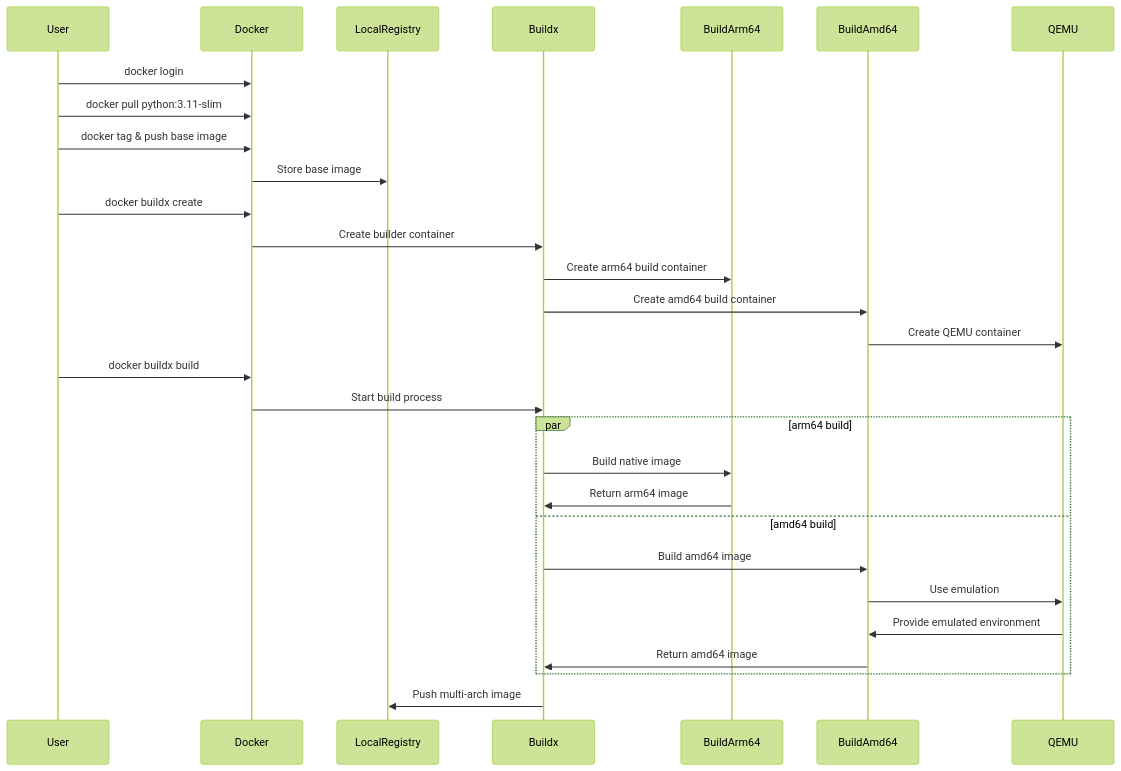
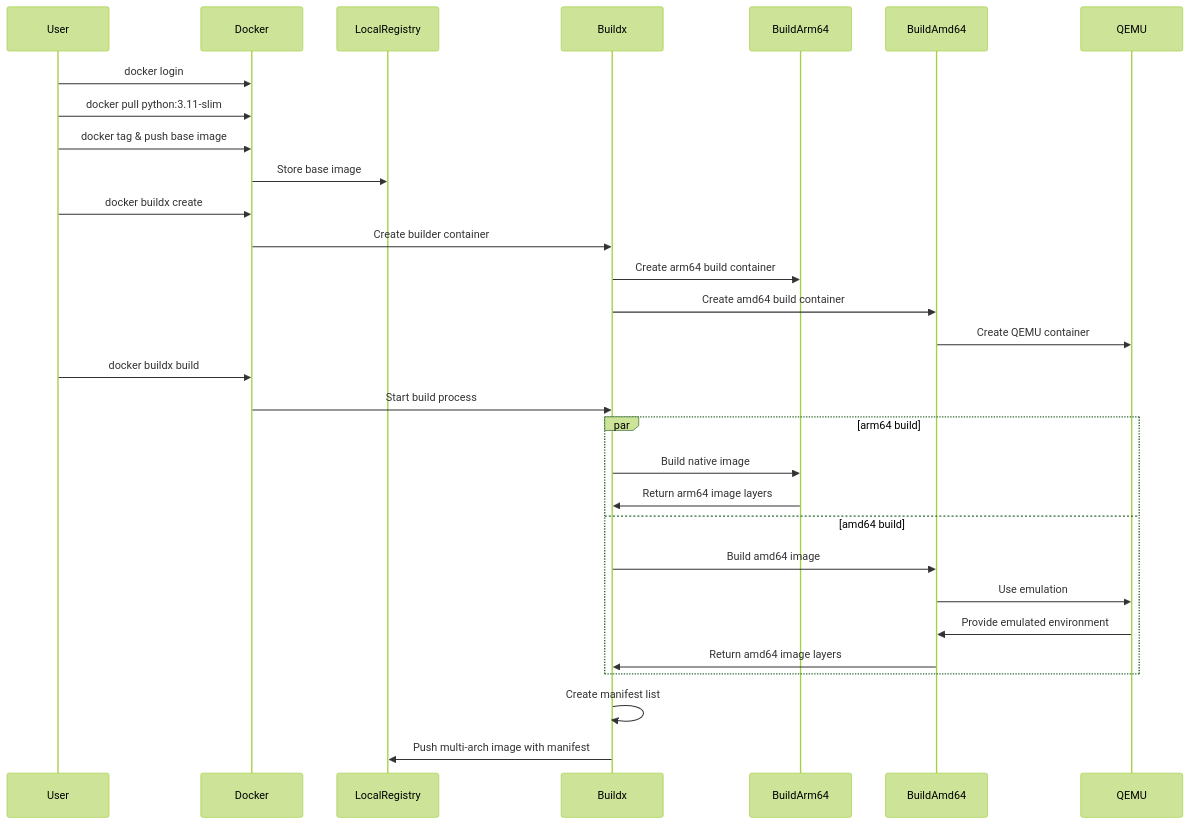
Before and after one commit to liweinan/k8s-example: the second of 2 diagrams in docker-buildx-example/README.md, drawn with Mermaid (forest theme). The commit also changed other lines of this file, not shown here.

Commit message:
Add multi-architecture image structure explanation and update diagrams

````diff
--- a/docker-buildx-example/README.md
+++ b/docker-buildx-example/README.md
@@ -31,36 +36,37 @@
 ```mermaid
 sequenceDiagram
     participant User
     participant Docker
     participant LocalRegistry
     participant Buildx
     participant BuildArm64
     participant BuildAmd64
     participant QEMU
     
     User->>Docker: docker login
     User->>Docker: docker pull python:3.11-slim
     User->>Docker: docker tag & push base image
     Docker->>LocalRegistry: Store base image
     
     User->>Docker: docker buildx create
     Docker->>Buildx: Create builder container
     Buildx->>BuildArm64: Create arm64 build container
     Buildx->>BuildAmd64: Create amd64 build container
     BuildAmd64->>QEMU: Create QEMU container
     
     User->>Docker: docker buildx build
     Docker->>Buildx: Start build process
     
     par arm64 build
         Buildx->>BuildArm64: Build native image
-        BuildArm64->>Buildx: Return arm64 image
+        BuildArm64->>Buildx: Return arm64 image layers
     and amd64 build
         Buildx->>BuildAmd64: Build amd64 image
         BuildAmd64->>QEMU: Use emulation
         QEMU->>BuildAmd64: Provide emulated environment
-        BuildAmd64->>Buildx: Return amd64 image
+        BuildAmd64->>Buildx: Return amd64 image layers
     end
     
-    Buildx->>LocalRegistry: Push multi-arch image
+    Buildx->>Buildx: Create manifest list
+    Buildx->>LocalRegistry: Push multi-arch image with manifest
 ```
````
